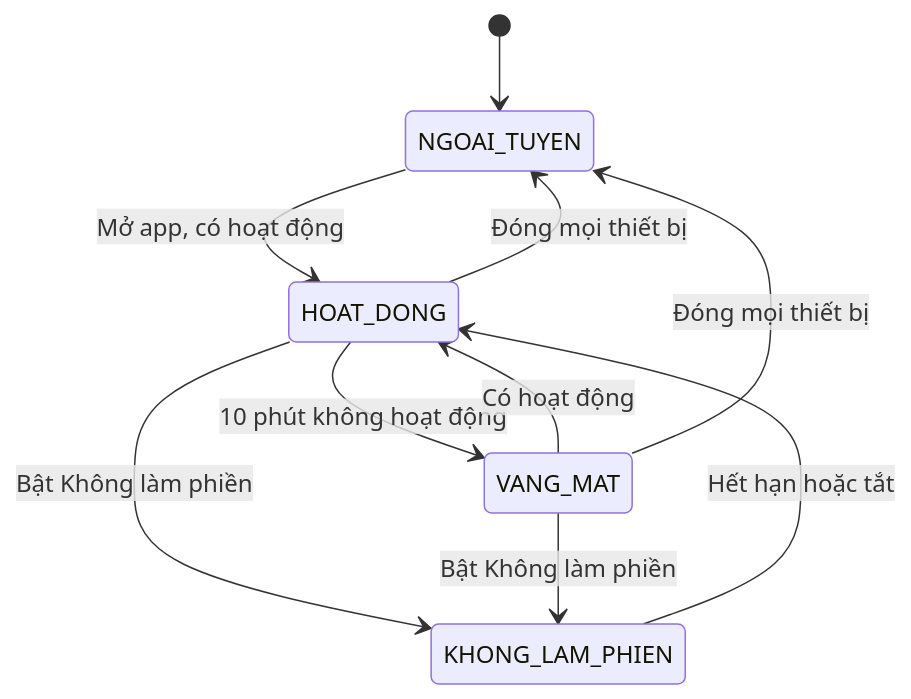
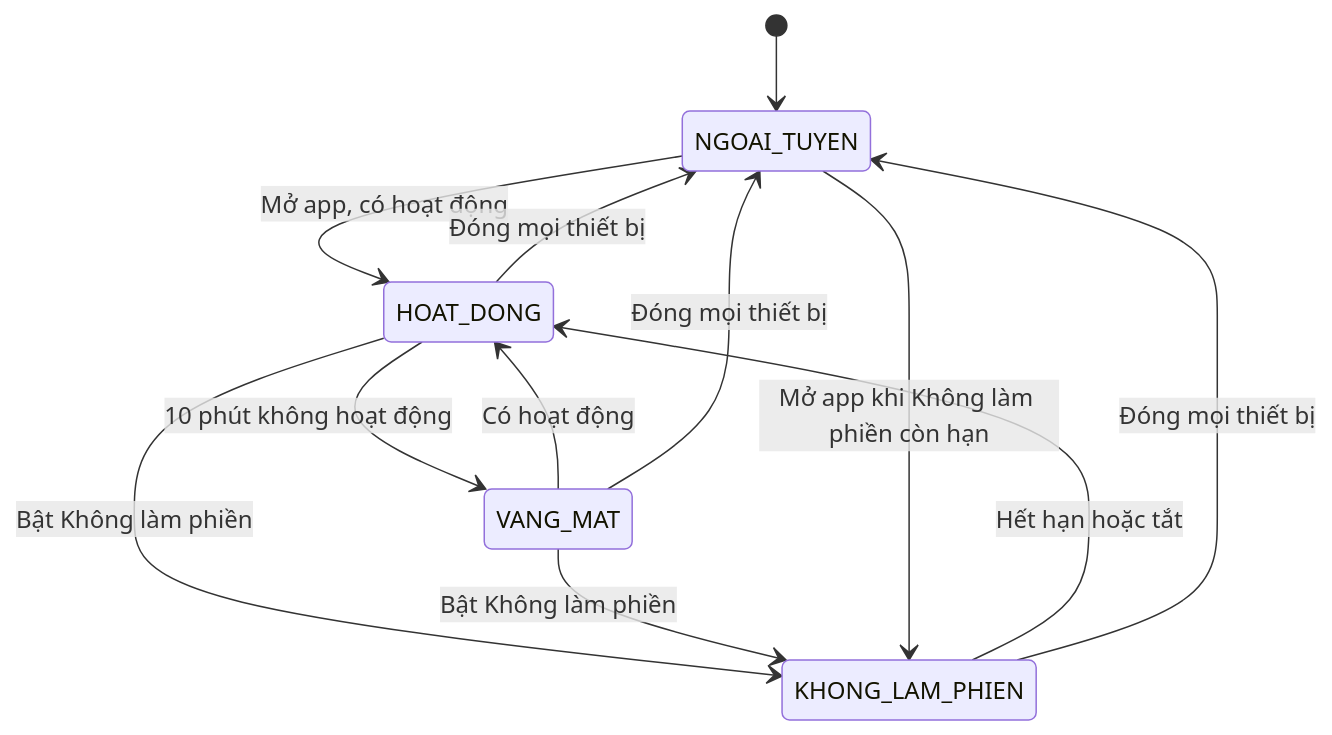
Before and after one commit to uxfoundation-vn/de08-nhan-tin-noi-bo-ai: the first of 6 diagrams in docs/TN03-thong-bao-trang-thai/SRS.md, drawn with Mermaid. The commit also changed 4 other files, not shown here.

````diff
--- a/docs/TN03-thong-bao-trang-thai/SRS.md
+++ b/docs/TN03-thong-bao-trang-thai/SRS.md
@@ -50,12 +50,14 @@
 ```mermaid
 stateDiagram-v2
   [*] --> NGOAI_TUYEN
   NGOAI_TUYEN --> HOAT_DONG : Mở app, có hoạt động
   HOAT_DONG --> VANG_MAT : 10 phút không hoạt động
   VANG_MAT --> HOAT_DONG : Có hoạt động
   HOAT_DONG --> KHONG_LAM_PHIEN : Bật Không làm phiền
   VANG_MAT --> KHONG_LAM_PHIEN : Bật Không làm phiền
   KHONG_LAM_PHIEN --> HOAT_DONG : Hết hạn hoặc tắt
+  KHONG_LAM_PHIEN --> NGOAI_TUYEN : Đóng mọi thiết bị
+  NGOAI_TUYEN --> KHONG_LAM_PHIEN : Mở app khi Không làm phiền còn hạn
   HOAT_DONG --> NGOAI_TUYEN : Đóng mọi thiết bị
   VANG_MAT --> NGOAI_TUYEN : Đóng mọi thiết bị
 ```
````
